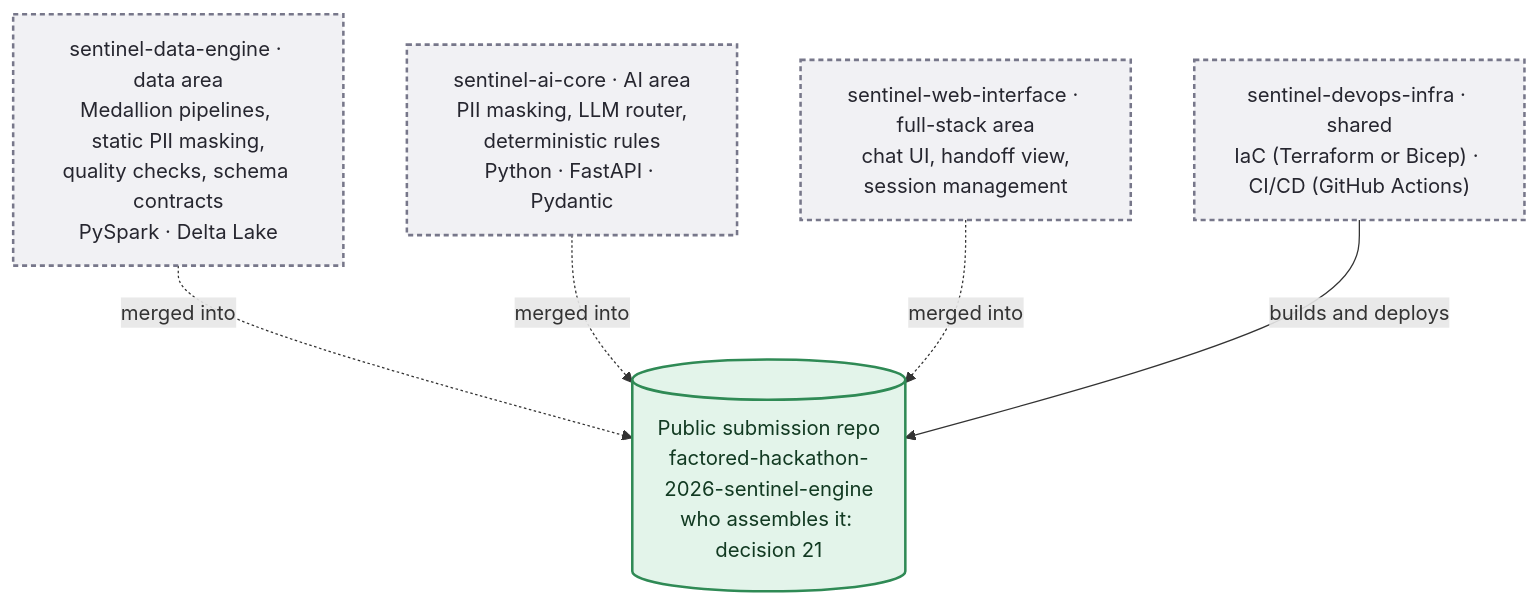
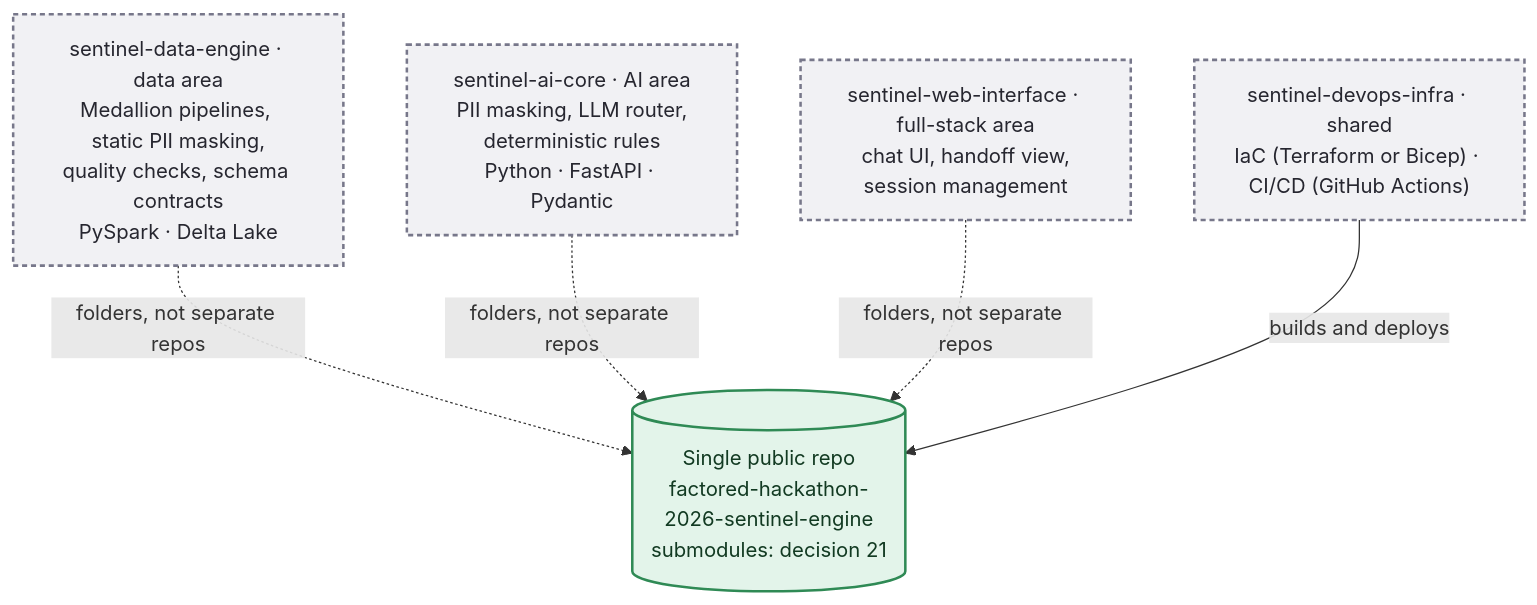
One commit to rdorta27/factored-hackathon-2026-sentinel-engine changed the fourth of 5 diagrams in docs/build/architecture-roadmap.md. Above: the diagram before and after it, drawn with Mermaid. The commit also changed other lines of this file and 8 other files, not shown here.

First line of the commit message:
docs: close working-method decisions and confirm the disputes flow

````diff
--- a/docs/build/architecture-roadmap.md
+++ b/docs/build/architecture-roadmap.md
@@ -100,18 +100,18 @@
 ```mermaid
 flowchart TD
     d["sentinel-data-engine · data area<br/>Medallion pipelines, static PII masking,<br/>quality checks, schema contracts<br/>PySpark · Delta Lake"]
     a["sentinel-ai-core · AI area<br/>PII masking, LLM router,<br/>deterministic rules<br/>Python · FastAPI · Pydantic"]
     w["sentinel-web-interface · full-stack area<br/>chat UI, handoff view,<br/>session management"]
     infra["sentinel-devops-infra · shared<br/>IaC (Terraform or Bicep) · CI/CD (GitHub Actions)"]
-    delivery[("Public submission repo<br/>factored-hackathon-2026-sentinel-engine<br/>who assembles it: decision 21")]
-    d & a & w -. "merged into" .-> delivery
+    delivery[("Single public repo<br/>factored-hackathon-2026-sentinel-engine<br/>submodules: decision 21")]
+    d & a & w -. "folders, not separate repos" .-> delivery
     infra -- "builds and deploys" --> delivery
 
     classDef real fill:#dde3ff,stroke:#5b4fd6,stroke-width:2px,color:#1b1640
     classDef mock fill:#ffe9c7,stroke:#c77d12,stroke-width:2px,stroke-dasharray:6 4,color:#3a2a00
     classDef store fill:#e3f4ea,stroke:#2f8a55,stroke-width:2px,color:#123a22
     classDef proposed fill:#f1f1f4,stroke:#77778a,stroke-width:2px,stroke-dasharray:4 3,color:#26262f
     classDef ext fill:#ffffff,stroke:#77778a,stroke-width:1px,color:#26262f
     class d,a,w,infra proposed
     class delivery store
 ```
````
